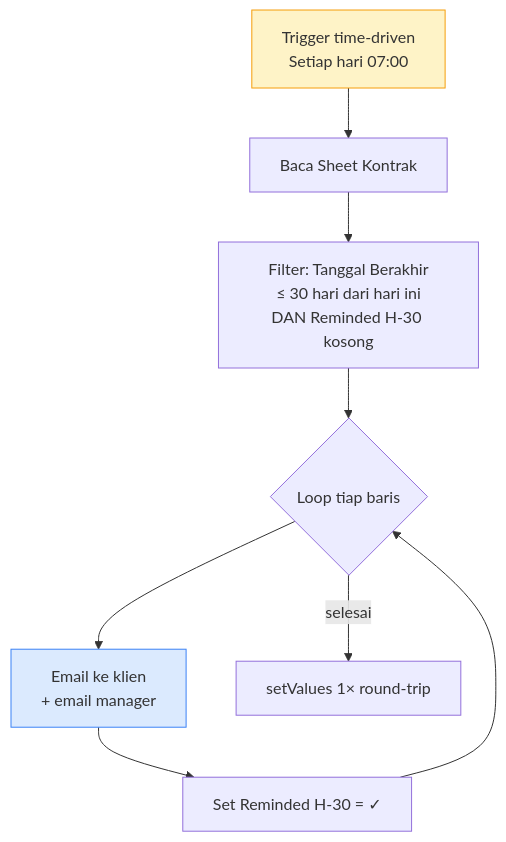
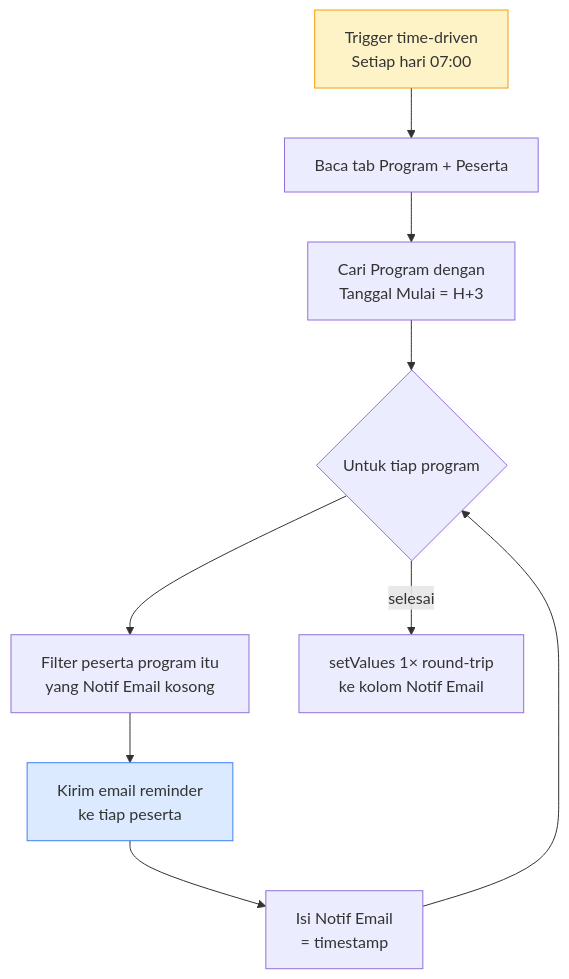
One commit to githubna-ilham/google-script changed the fifth of 5 diagrams in Modul-6-Workflow-Automation/materi.md. Above: the diagram before and after it, drawn with Mermaid. The commit also changed other lines of this file and 1 other file, not shown here.

````diff
--- a/Modul-6-Workflow-Automation/materi.md
+++ b/Modul-6-Workflow-Automation/materi.md
@@ -323,13 +375,14 @@
 ```mermaid
 flowchart TD
-    A[Trigger time-driven<br/>Setiap hari 07:00] --> B[Baca Sheet Kontrak]
-    B --> C[Filter: Tanggal Berakhir<br/>≤ 30 hari dari hari ini<br/>DAN Reminded H-30 kosong]
-    C --> D{Loop tiap baris}
-    D --> E[Email ke klien<br/>+ email manager]
-    E --> F[Set Reminded H-30 = ✓]
-    F --> D
-    D -->|selesai| G[setValues 1× round-trip]
+    A[Trigger time-driven<br/>Setiap hari 07:00] --> B[Baca tab Program + Peserta]
+    B --> C[Cari Program dengan<br/>Tanggal Mulai = H+3]
+    C --> D{Untuk tiap program}
+    D --> E[Filter peserta program itu<br/>yang Notif Email kosong]
+    E --> F[Kirim email reminder<br/>ke tiap peserta]
+    F --> G[Isi Notif Email<br/>= timestamp]
+    G --> D
+    D -->|selesai| H[setValues 1× round-trip<br/>ke kolom Notif Email]
 
     style A fill:#fef3c7,stroke:#f59e0b
-    style E fill:#dbeafe,stroke:#3b82f6
+    style F fill:#dbeafe,stroke:#3b82f6
 ```
````
